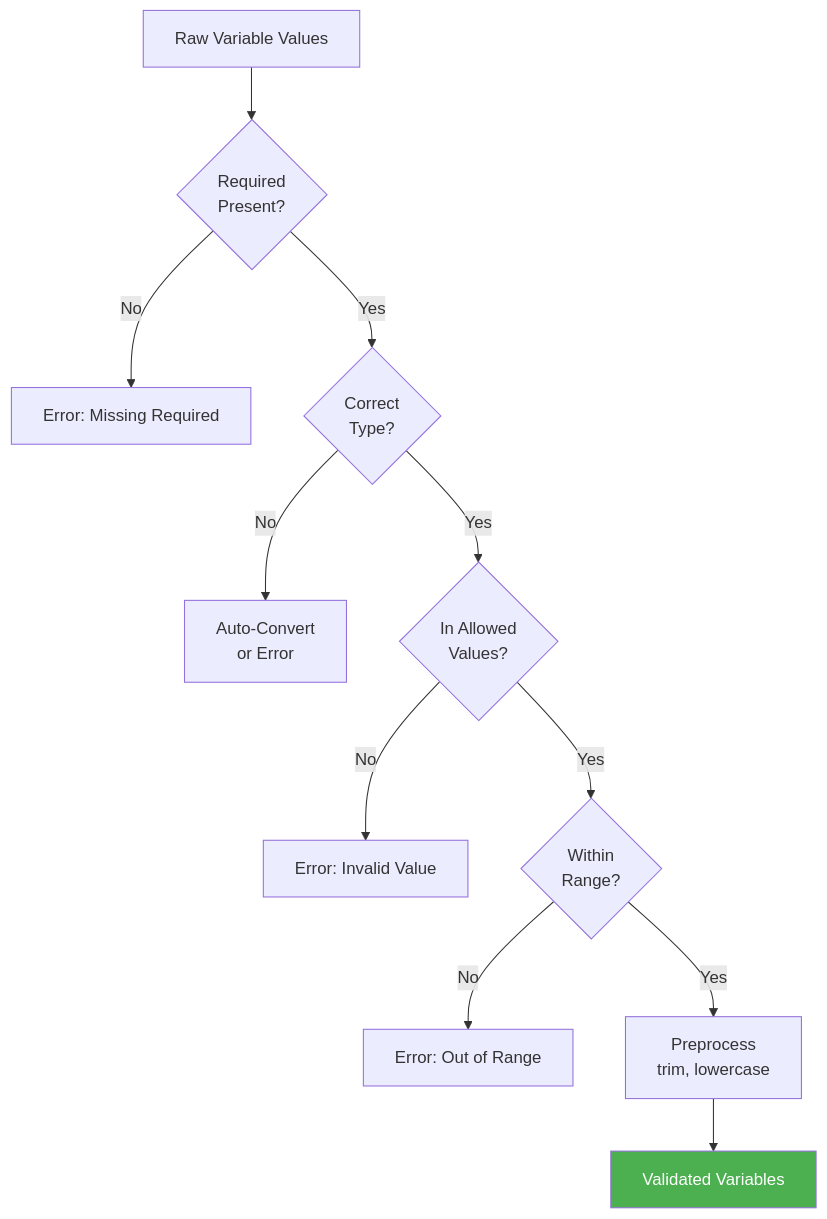
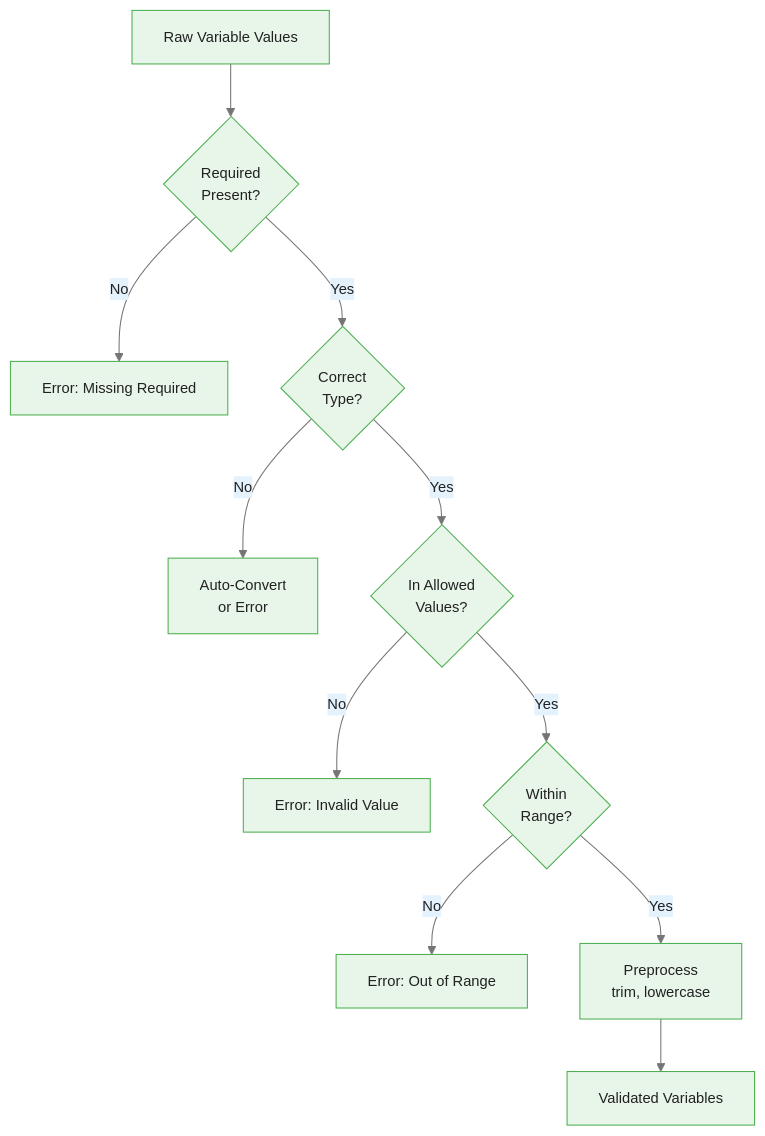
The third of 5 diagrams in courses/dataiku-genai/modules/module_01_prompts/guides/02_template_variables_slides.md (m-deane/course-creator), drawn with Mermaid before and after one commit. The commit also changed other lines of this file and 54 other files, not shown here.

````diff
--- a/courses/dataiku-genai/modules/module_01_prompts/guides/02_template_variables_slides.md
+++ b/courses/dataiku-genai/modules/module_01_prompts/guides/02_template_variables_slides.md
@@ -200,15 +205,14 @@
 ```mermaid
+%%{init: {"theme": "base", "themeVariables": {"primaryColor": "#e8f5e9", "primaryBorderColor": "#4caf50", "primaryTextColor": "#212121", "secondaryColor": "#e3f2fd", "tertiaryColor": "#fff8e1", "lineColor": "#757575", "fontFamily": "Inter, sans-serif", "fontSize": "14px"}}}%%
 flowchart TD
     INPUT[Raw Variable Values] --> REQ{Required<br/>Present?}
     REQ -->|No| ERR1[Error: Missing Required]
     REQ -->|Yes| TYPE{Correct<br/>Type?}
     TYPE -->|No| CONV[Auto-Convert<br/>or Error]
     TYPE -->|Yes| ALLOWED{In Allowed<br/>Values?}
     ALLOWED -->|No| ERR2[Error: Invalid Value]
     ALLOWED -->|Yes| RANGE{Within<br/>Range?}
     RANGE -->|No| ERR3[Error: Out of Range]
     RANGE -->|Yes| PREPROCESS[Preprocess<br/>trim, lowercase]
     PREPROCESS --> READY[Validated Variables]
-
-    style READY fill:#4CAF50,color:#fff
 ```
````
